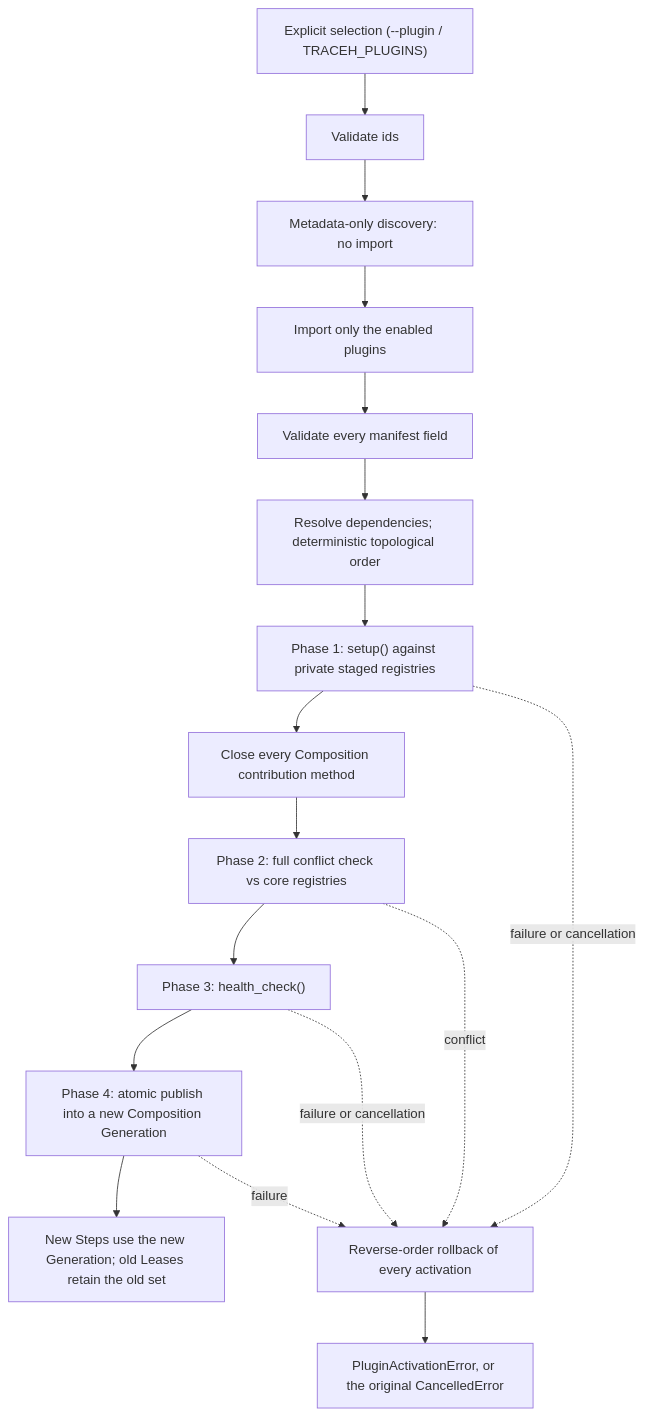
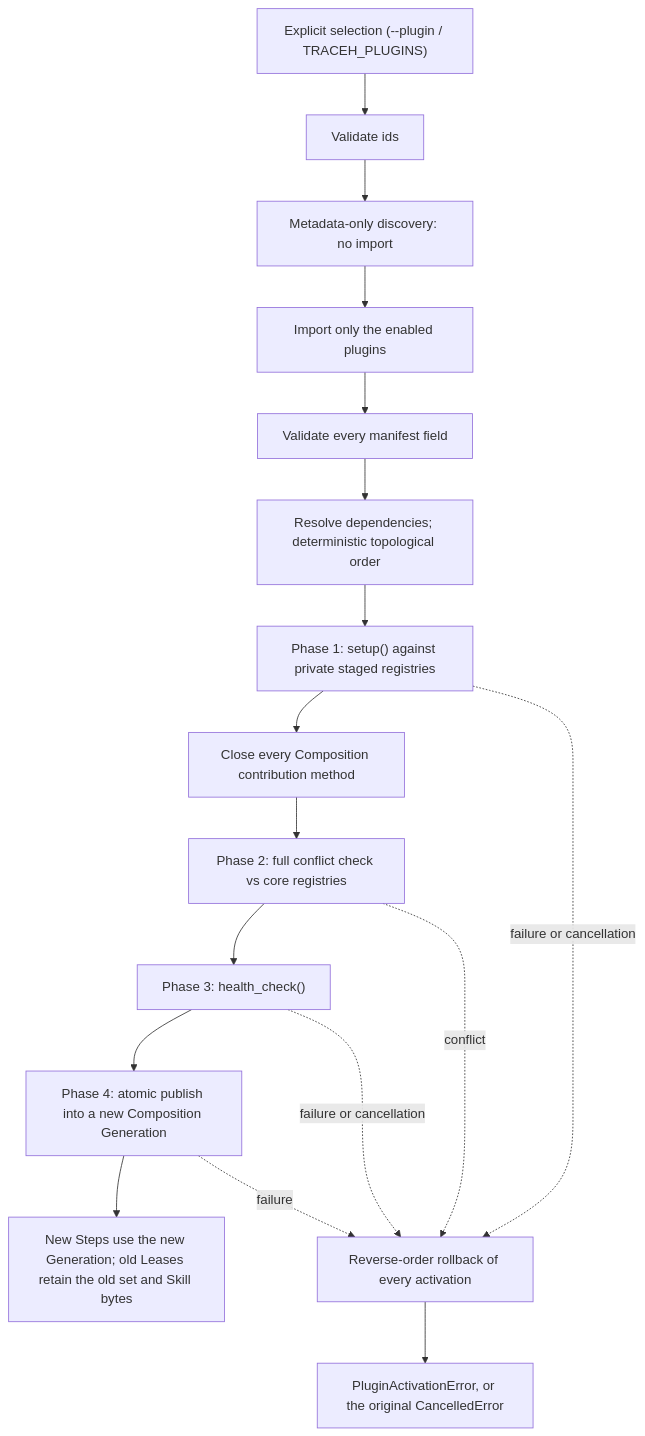
Before and after one commit to uboyme/traceHarness: the diagram in docs/plugins.md, drawn with Mermaid. The commit also changed other lines of this file and 74 other files, not shown here.

````diff
--- a/docs/plugins.md
+++ b/docs/plugins.md
@@ -344,19 +482,19 @@
 ```mermaid
 flowchart TD
     SEL["Explicit selection (--plugin / TRACEH_PLUGINS)"] --> VAL["Validate ids"]
     VAL --> DISC["Metadata-only discovery: no import"]
     DISC --> LOAD["Import only the enabled plugins"]
     LOAD --> MAN["Validate every manifest field"]
     MAN --> DEP["Resolve dependencies; deterministic topological order"]
     DEP --> SETUP["Phase 1: setup() against private staged registries"]
     SETUP --> FREEZE["Close every Composition contribution method"]
     FREEZE --> CONF["Phase 2: full conflict check vs core registries"]
     CONF --> HEALTH["Phase 3: health_check()"]
     HEALTH --> PUB["Phase 4: atomic publish into a new Composition Generation"]
-    PUB --> RUN["New Steps use the new Generation; old Leases retain the old set"]
+    PUB --> RUN["New Steps use the new Generation; old Leases retain the old set and Skill bytes"]
     SETUP -. "failure or cancellation" .-> RB["Reverse-order rollback of every activation"]
     CONF -. "conflict" .-> RB
     HEALTH -. "failure or cancellation" .-> RB
     PUB -. "failure" .-> RB
     RB --> RAISE["PluginActivationError, or the original CancelledError"]
 ```
````
